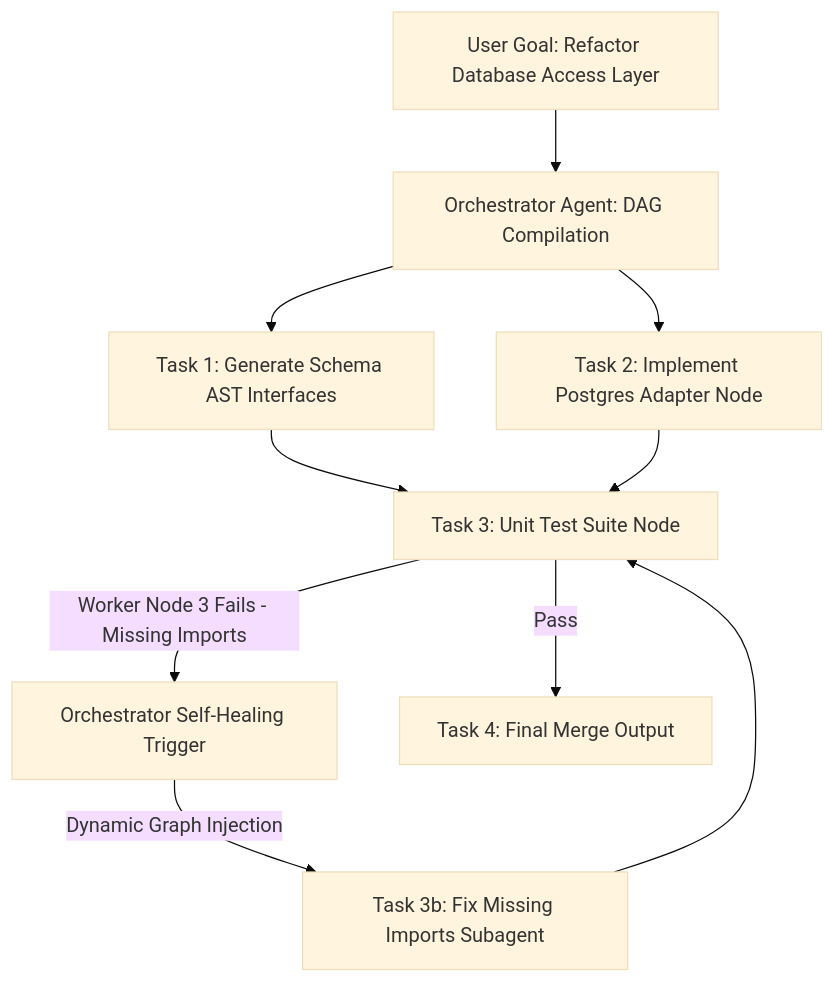
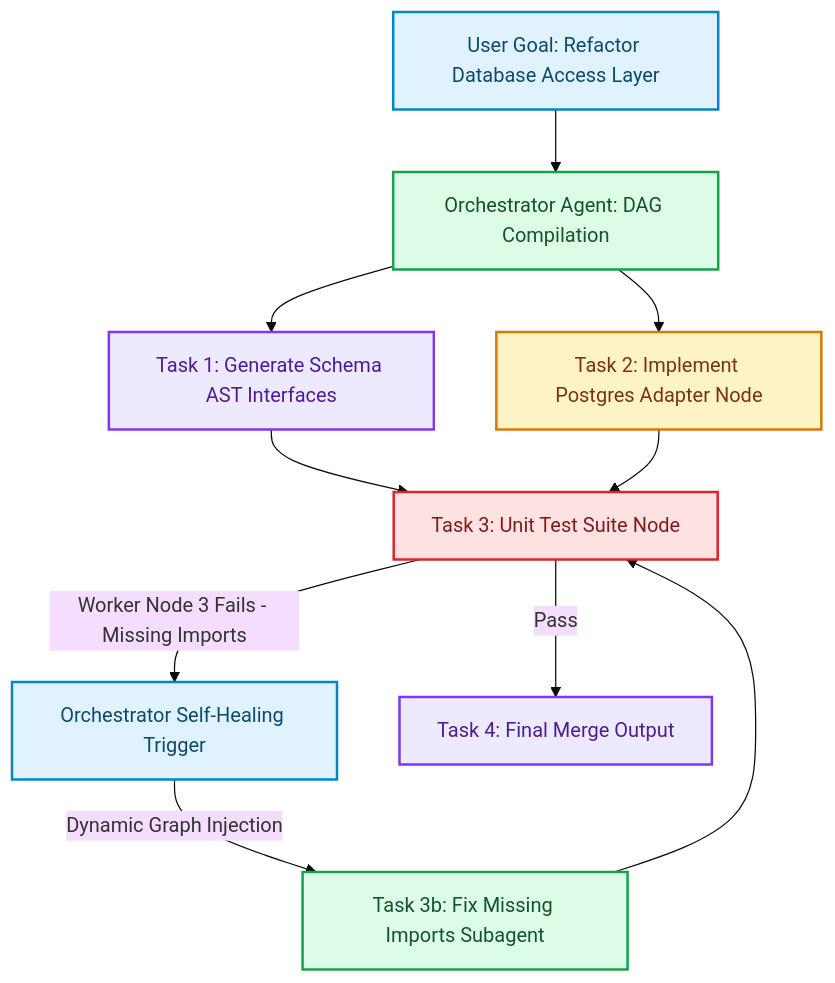
The diagram in blog/posts/orchestrator-paradigm-dynamic-dag-compilation-recovery.md (akmalkhaniub/akmalkhaniub.github.io), drawn with Mermaid (base theme) before and after one commit. The commit also changed other lines of this file and 1291 other files, not shown here.

First line of the commit message:
feat(catalog): unique covers, scholarly references, and diagram palettes

````diff
--- a/blog/posts/orchestrator-paradigm-dynamic-dag-compilation-recovery.md
+++ b/blog/posts/orchestrator-paradigm-dynamic-dag-compilation-recovery.md
@@ -15,13 +15,24 @@
 ```mermaid
 flowchart TD
-  A[User Goal: Refactor Database Access Layer] --> B[Orchestrator Agent: DAG Compilation]
-  B --> C[Task 1: Generate Schema AST Interfaces]
-  B --> D[Task 2: Implement Postgres Adapter Node]
-  C --> E[Task 3: Unit Test Suite Node]
+  A["User Goal: Refactor Database Access Layer"] --> B["Orchestrator Agent: DAG Compilation"]
+  B --> C["Task 1: Generate Schema AST Interfaces"]
+  B --> D["Task 2: Implement Postgres Adapter Node"]
+  C --> E["Task 3: Unit Test Suite Node"]
   D --> E
   
-  E -->|Worker Node 3 Fails - Missing Imports| F[Orchestrator Self-Healing Trigger]
-  F -->|Dynamic Graph Injection| G[Task 3b: Fix Missing Imports Subagent]
+  E -->|Worker Node 3 Fails - Missing Imports| F["Orchestrator Self-Healing Trigger"]
+  F -->|Dynamic Graph Injection| G["Task 3b: Fix Missing Imports Subagent"]
   G --> E
-  E -->|Pass| H[Task 4: Final Merge Output]
+  E -->|Pass| H["Task 4: Final Merge Output"]
+
+classDef green fill:#dcfce7,stroke:#16a34a,stroke-width:2px,color:#14532d;
+classDef red fill:#fee2e2,stroke:#dc2626,stroke-width:2px,color:#7f1d1d;
+classDef blue fill:#e0f2fe,stroke:#0284c7,stroke-width:2px,color:#0c4a6e;
+classDef yellow fill:#fef3c7,stroke:#d97706,stroke-width:2px,color:#78350f;
+classDef purple fill:#ede9fe,stroke:#7c3aed,stroke-width:2px,color:#4c1d95;
+class A,F blue
+class B,G green
+class C,H purple
+class D yellow
+class E red
 ```
````
